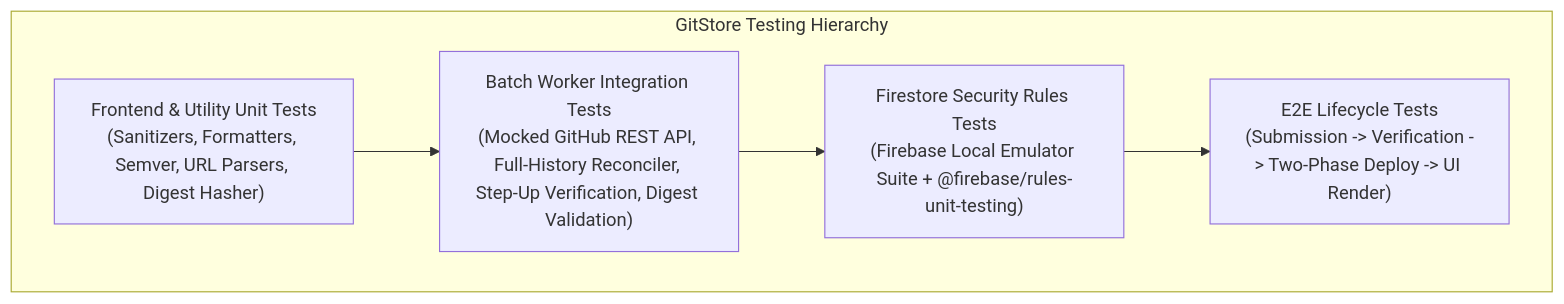
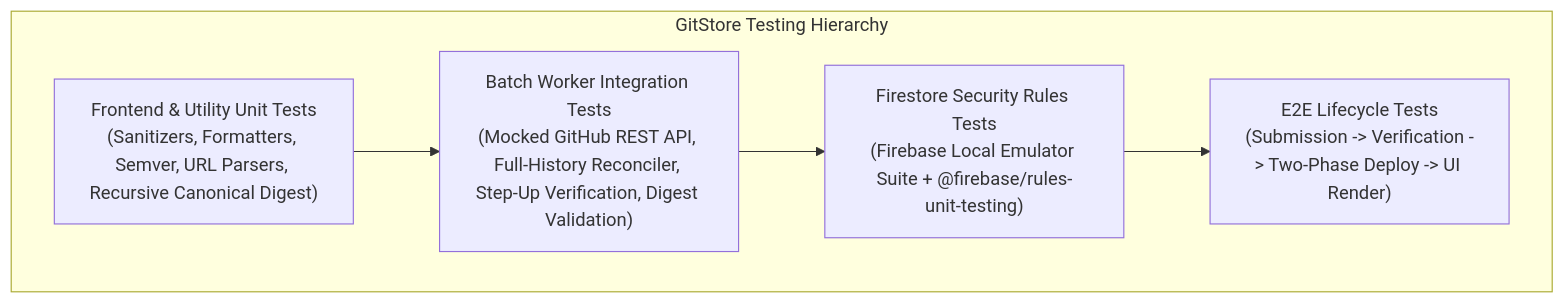
One commit to Rohitpvt/GitStore changed the diagram in docs/TESTING_STRATEGY.md. Above: the diagram before and after it, drawn with Mermaid. The commit also changed other lines of this file and 13 other files, not shown here.

````diff
--- a/docs/TESTING_STRATEGY.md
+++ b/docs/TESTING_STRATEGY.md
@@ -22,13 +22,13 @@
 ```mermaid
 flowchart TD
     subgraph Pyramid["GitStore Testing Hierarchy"]
         E2E["E2E Lifecycle Tests\n(Submission -> Verification -> Two-Phase Deploy -> UI Render)"]
         SecRules["Firestore Security Rules Tests\n(Firebase Local Emulator Suite + @firebase/rules-unit-testing)"]
         WorkerInteg["Batch Worker Integration Tests\n(Mocked GitHub REST API, Full-History Reconciler, Step-Up Verification, Digest Validation)"]
-        Unit["Frontend & Utility Unit Tests\n(Sanitizers, Formatters, Semver, URL Parsers, Digest Hasher)"]
+        Unit["Frontend & Utility Unit Tests\n(Sanitizers, Formatters, Semver, URL Parsers, Recursive Canonical Digest)"]
     end
 
     Unit --> WorkerInteg
     WorkerInteg --> SecRules
     SecRules --> E2E
 ```
````
